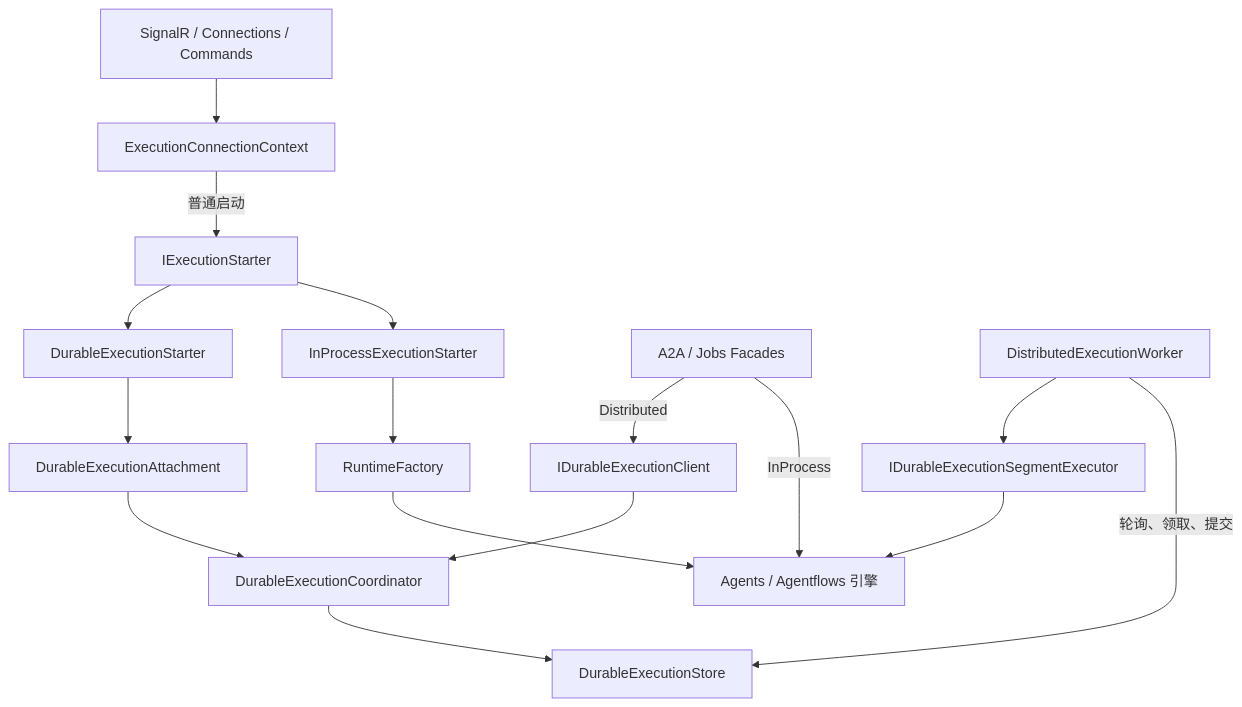
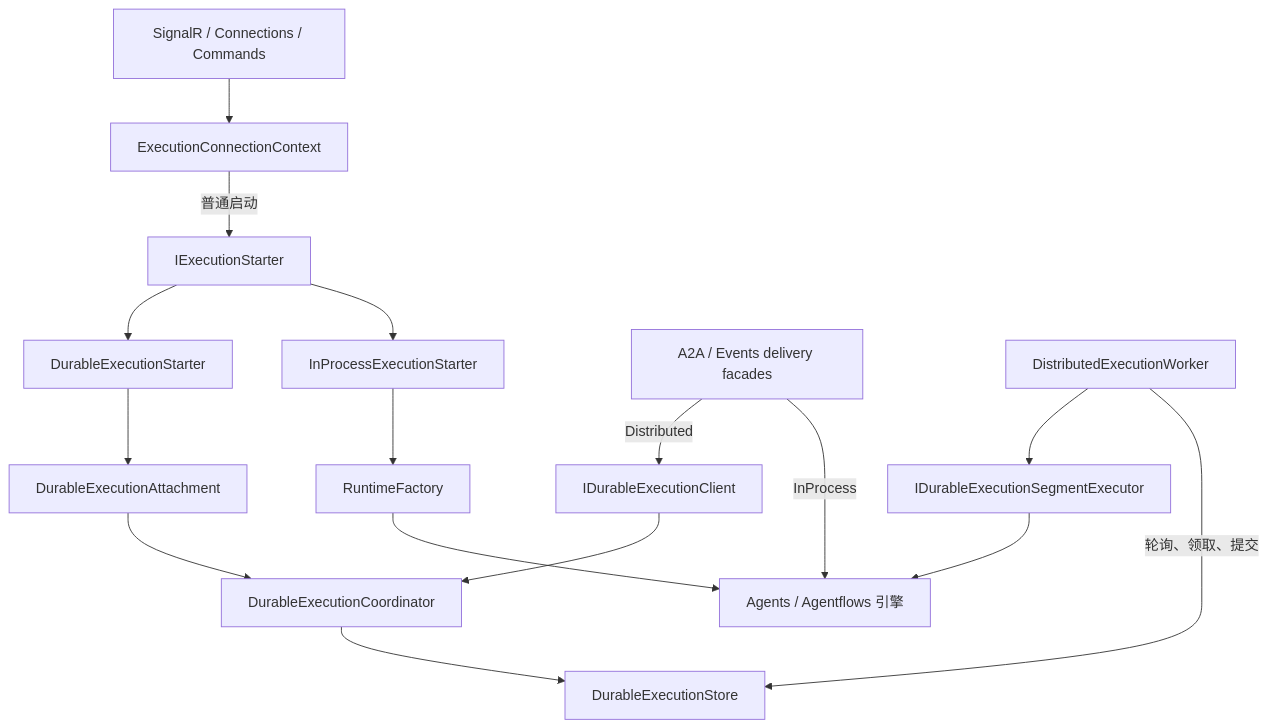
One commit to zxyao145/agw changed the first of 5 diagrams in src/server/Agw.Agents.Execution/Runtimes/README.md. Above: the diagram before and after it, drawn with Mermaid. The commit also changed other lines of this file and 247 other files, not shown here.

````diff
--- a/src/server/Agw.Agents.Execution/Runtimes/README.md
+++ b/src/server/Agw.Agents.Execution/Runtimes/README.md
@@ -52,18 +52,18 @@
 ```mermaid
 flowchart TB
     SignalR["SignalR / Connections / Commands"] --> Context["ExecutionConnectionContext"]
     Context -->|普通启动| Starter["IExecutionStarter"]
     Starter --> Local["InProcessExecutionStarter"]
     Starter --> Durable["DurableExecutionStarter"]
     Local --> Factory["RuntimeFactory"]
     Factory --> Engines["Agents / Agentflows 引擎"]
     Durable --> Session["DurableExecutionAttachment"]
     Session --> Coordinator["DurableExecutionCoordinator"]
-    Facades["A2A / Jobs Facades"] -->|InProcess| Engines
+    Facades["A2A / Events delivery facades"] -->|InProcess| Engines
     Facades -->|Distributed| Client["IDurableExecutionClient"]
     Client --> Coordinator
     Coordinator --> Store["DurableExecutionStore"]
     Worker["DistributedExecutionWorker"] -->|轮询、领取、提交| Store
     Worker --> Executor["IDurableExecutionSegmentExecutor"]
     Executor --> Engines
 ```
````
